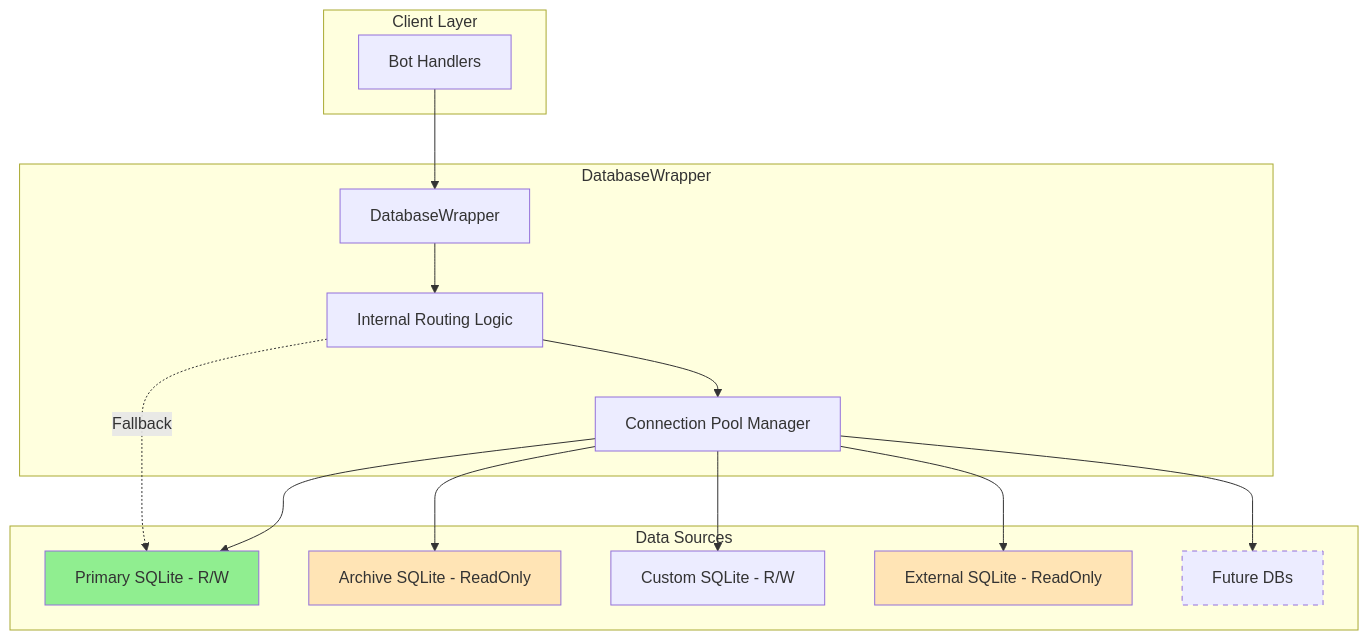
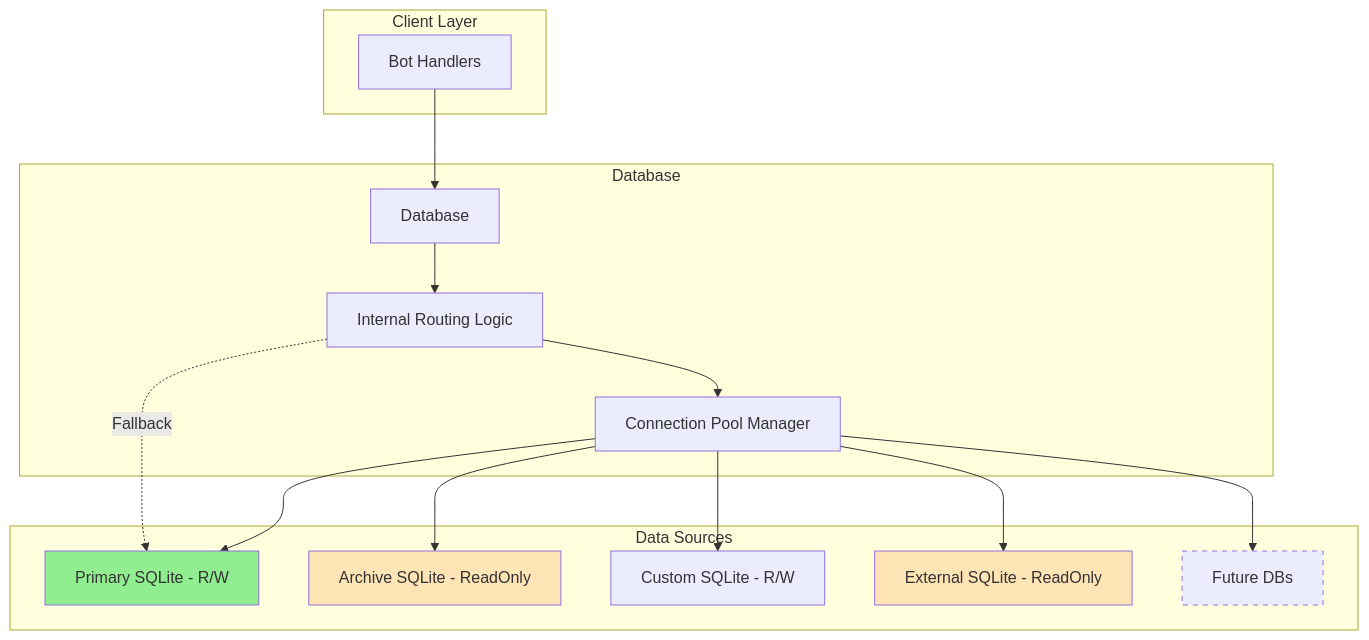
The diagram in docs/design/multi-source-database-architecture-v2.md (NotA-Company/gromozeka), drawn with Mermaid before and after one commit. The commit also changed other lines of this file and 15 other files, not shown here.

````diff
--- a/docs/design/multi-source-database-architecture-v2.md
+++ b/docs/design/multi-source-database-architecture-v2.md
@@ -20,27 +40,27 @@
 ```mermaid
 graph TB
     subgraph Client Layer
         Handler[Bot Handlers]
     end
     
-    subgraph DatabaseWrapper
-        Handler --> Wrapper[DatabaseWrapper]
+    subgraph Database
+        Handler --> Wrapper[Database]
         Wrapper --> Router[Internal Routing Logic]
         Router --> ConnPool[Connection Pool Manager]
     end
     
     subgraph Data Sources
         ConnPool --> Primary[Primary SQLite - R/W]
         ConnPool --> Archive[Archive SQLite - ReadOnly]
         ConnPool --> Custom[Custom SQLite - R/W]
         ConnPool --> External[External SQLite - ReadOnly]
         ConnPool --> Future[Future DBs]
     end
     
     Router -.->|Fallback| Primary
     
     style Primary fill:#90EE90
     style Archive fill:#FFE4B5
     style External fill:#FFE4B5
     style Future stroke-dasharray: 5 5
 ```
````
